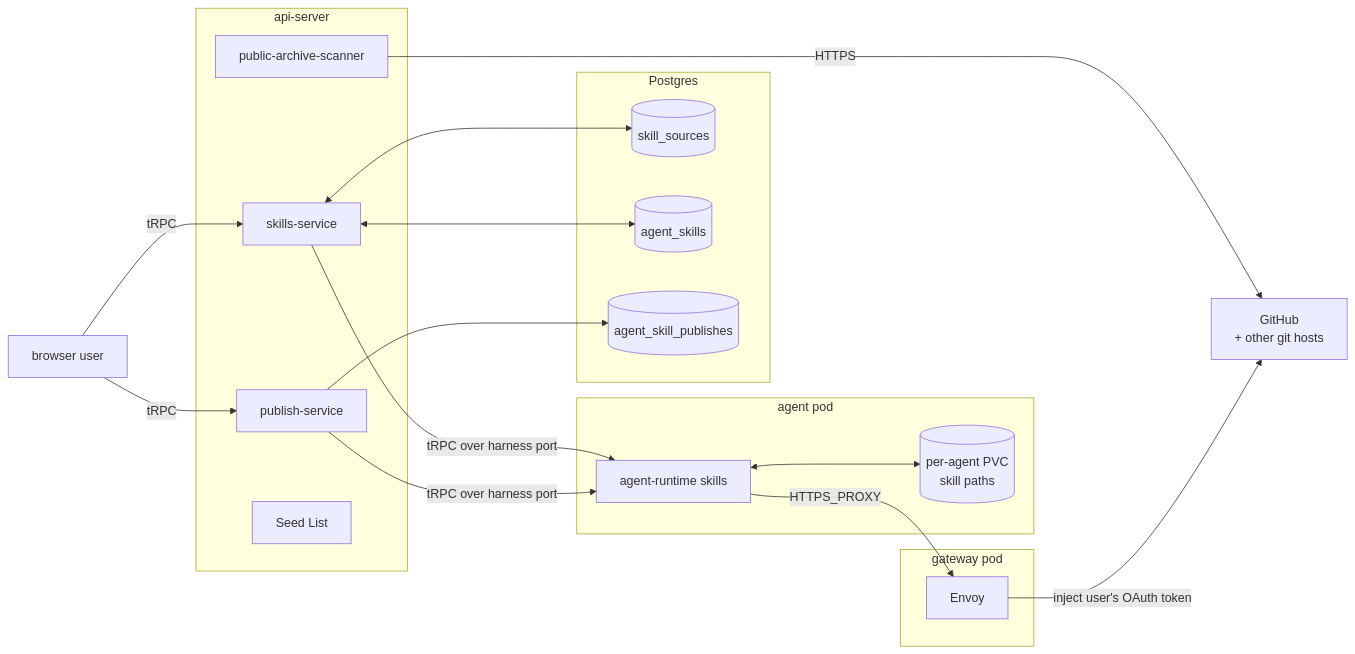
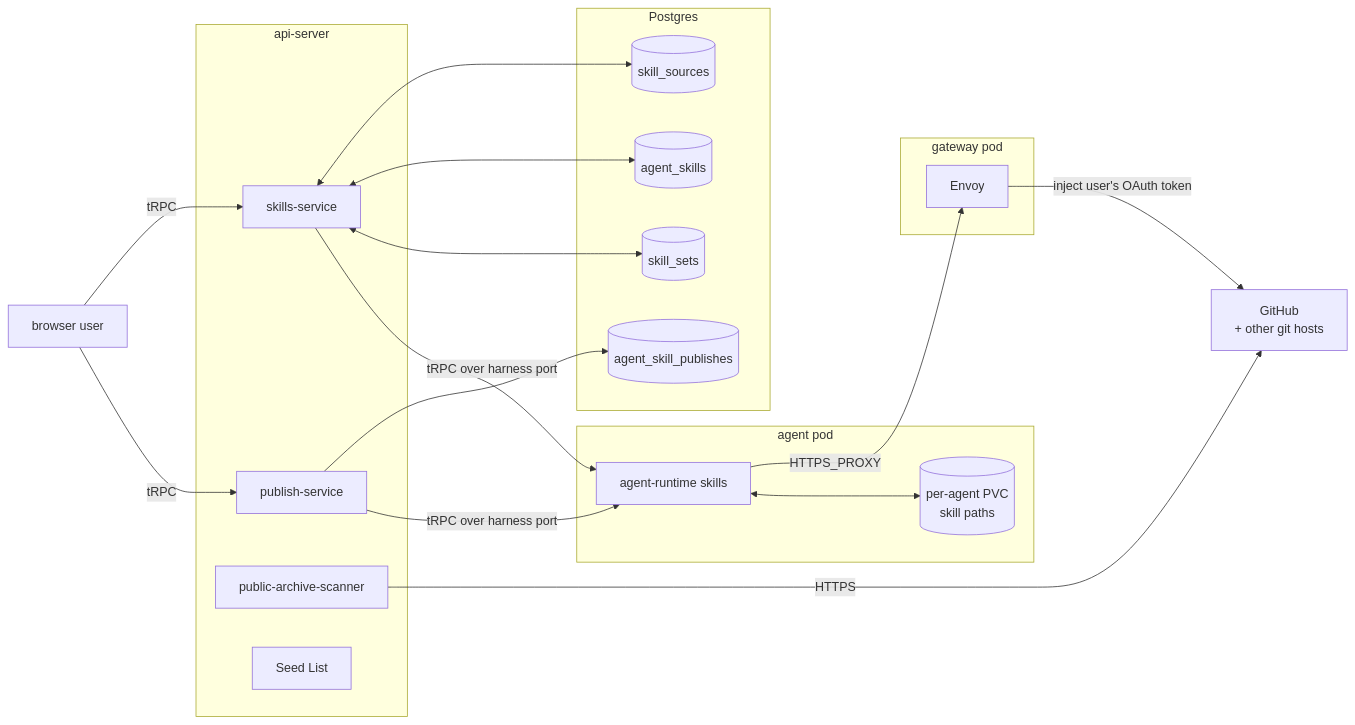
The first of 3 diagrams in docs/architecture/skills.md (dam-agents/dam), drawn with Mermaid before and after one commit. The commit also changed other lines of this file and 22 other files, not shown here.

````diff
--- a/docs/architecture/skills.md
+++ b/docs/architecture/skills.md
@@ -18,42 +18,44 @@
 ```mermaid
 flowchart LR
   user[browser user]
   github[GitHub<br/>+ other git hosts]
 
   subgraph api-server[api-server]
     skills-svc[skills-service]
     pub-svc[publish-service]
     scanner[public-archive-scanner]
     seeds[Seed List]
   end
 
   subgraph postgres[Postgres]
     src[(skill_sources)]
     inst[(agent_skills)]
     pubs[(agent_skill_publishes)]
+    sets[(skill_sets)]
   end
 
   subgraph pod[agent pod]
     rt-skills[agent-runtime skills]
     pvc[(per-agent PVC<br/>skill paths)]
   end
 
   subgraph gateway[gateway pod]
     envoy[Envoy]
   end
 
   user -->|tRPC| skills-svc
   user -->|tRPC| pub-svc
 
   skills-svc <--> src
   skills-svc <--> inst
+  skills-svc <--> sets
   pub-svc --> pubs
 
   scanner -->|HTTPS| github
   skills-svc -->|tRPC over harness port| rt-skills
   pub-svc -->|tRPC over harness port| rt-skills
 
   rt-skills -->|HTTPS_PROXY| envoy
   envoy -->|inject user's OAuth token| github
   rt-skills <--> pvc
 ```
````
